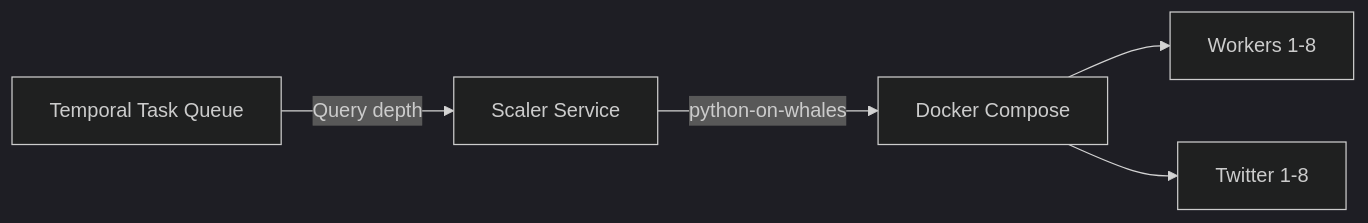
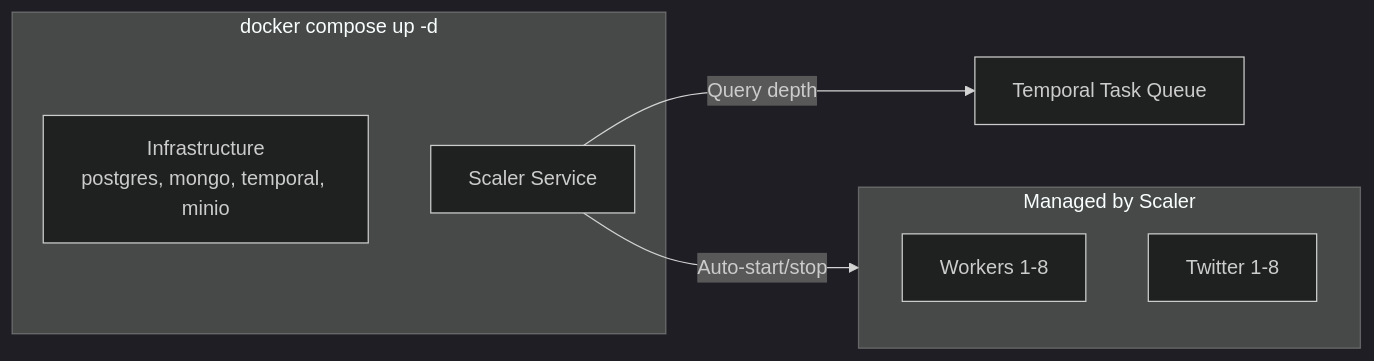
Before and after one commit to vedantadhobley/found-footy: the ninth of 15 diagrams in README.md, drawn with Mermaid (dark theme). The commit also changed other lines of this file and 1 other file, not shown here.

First line of the commit message:
docs: update auto-scaling docs for managed profile architecture

````diff
--- a/README.md
+++ b/README.md
@@ -384,7 +384,16 @@
 ```mermaid
 flowchart LR
-    TQ[Temporal Task Queue] -->|Query depth| SCALER[Scaler Service]
-    SCALER -->|python-on-whales| DOCKER[Docker Compose]
-    DOCKER --> W[Workers 1-8]
-    DOCKER --> T[Twitter 1-8]
+    subgraph STARTUP["docker compose up -d"]
+        INFRA[Infrastructure<br/>postgres, mongo, temporal, minio]
+        SCALER[Scaler Service]
+    end
+    
+    subgraph MANAGED["Managed by Scaler"]
+        W[Workers 1-8]
+        T[Twitter 1-8]
+    end
+    
+    STARTUP --> SCALER
+    SCALER -->|Query depth| TQ[Temporal Task Queue]
+    SCALER -->|Auto-start/stop| MANAGED
 ```
````
